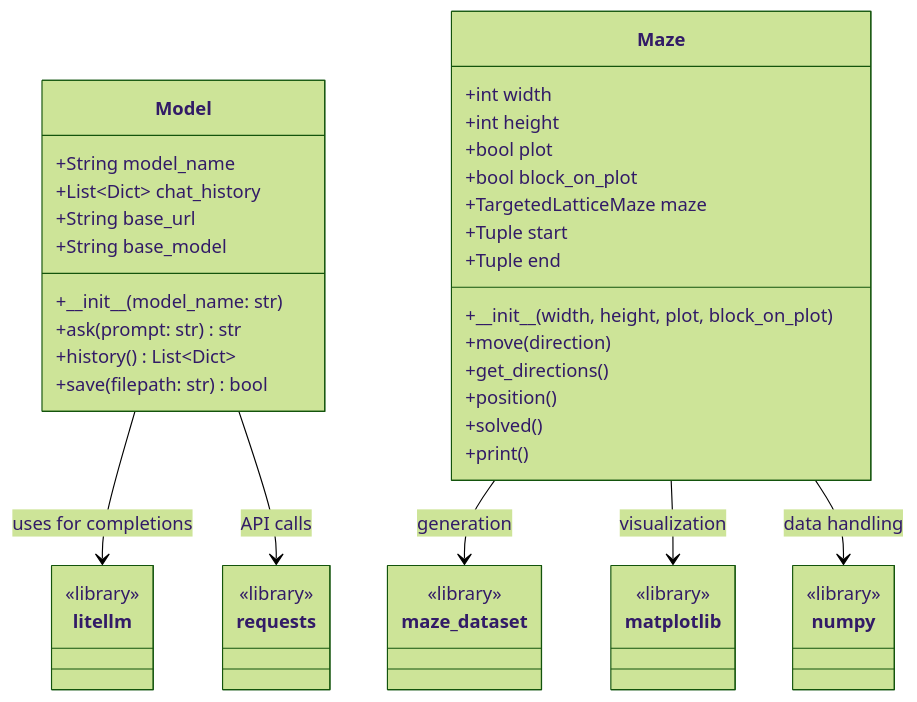
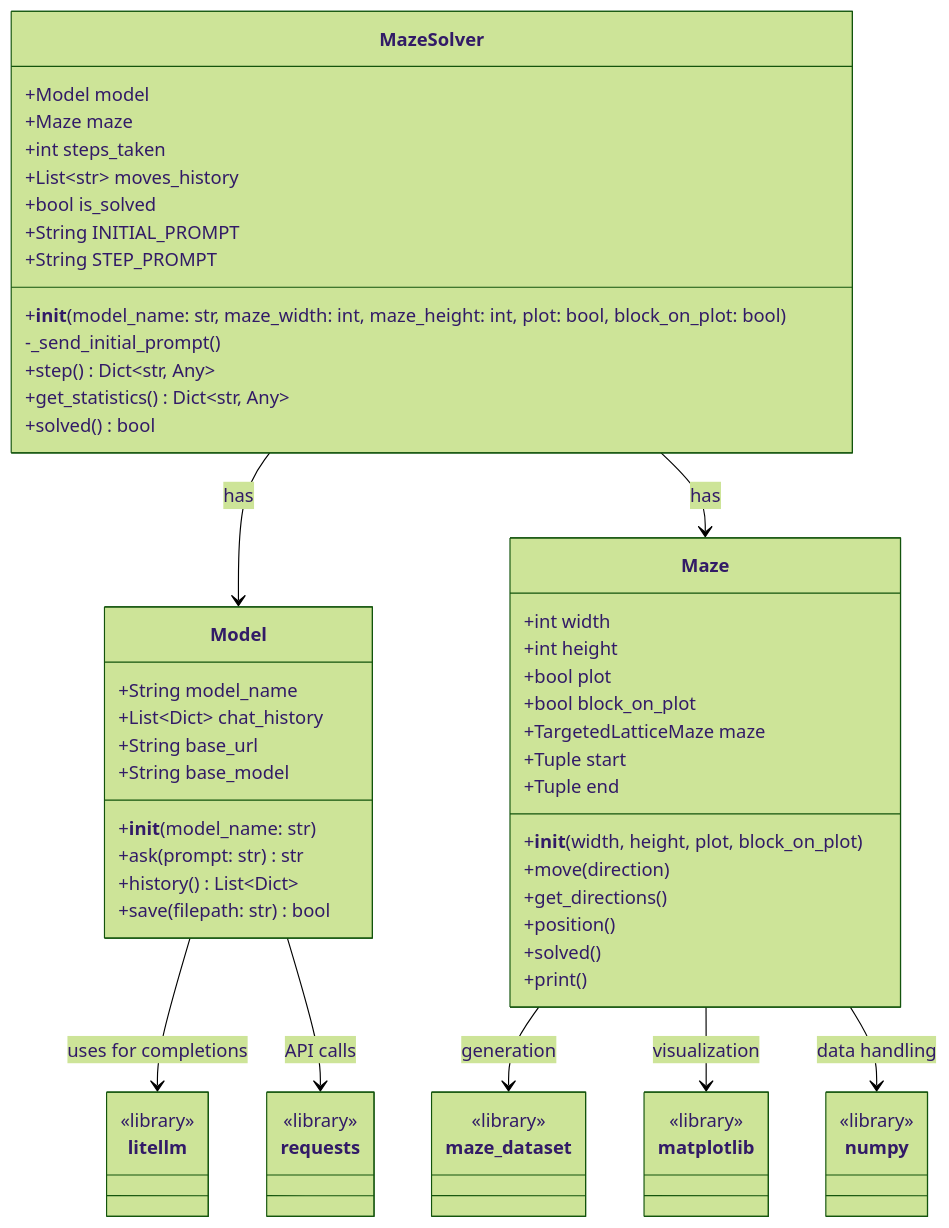
One commit to Oldranda1414/llm-maze-tester changed the diagram in README.md. Above: the diagram before and after it, drawn with Mermaid (forest theme). The commit also changed 2 other files, not shown here.

Commit message:
implement simple maze solver class

````diff
--- a/README.md
+++ b/README.md
@@ -31,55 +31,72 @@
 ```mermaid
 classDiagram
     class Model {
         +String model_name
         +List~Dict~ chat_history
         +String base_url
         +String base_model
-        +\_\_init__(model_name: str)
+        +__init__(model_name: str)
         +ask(prompt: str) str
         +history() List~Dict~
         +save(filepath: str) bool
     }
     
     class Maze {
         +int width
         +int height
         +bool plot
         +bool block_on_plot
         +TargetedLatticeMaze maze
         +Tuple start
         +Tuple end
-        +\_\_init__(width, height, plot, block_on_plot)
+        +__init__(width, height, plot, block_on_plot)
         +move(direction)
         +get_directions()
         +position()
         +solved()
         +print()
+    }
+    
+    class MazeSolver {
+        +Model model
+        +Maze maze
+        +int steps_taken
+        +List~str~ moves_history
+        +bool is_solved
+        +String INITIAL_PROMPT
+        +String STEP_PROMPT
+        +__init__(model_name: str, maze_width: int, maze_height: int, plot: bool, block_on_plot: bool)
+        -_send_initial_prompt()
+        +step() Dict~str, Any~
+        +get_statistics() Dict~str, Any~
+        +solved() bool
     }
     
     class litellm {
         <<library>>
     }
     
     class requests {
         <<library>>
     }
     
     class maze_dataset {
         <<library>>
     }
     
     class matplotlib {
         <<library>>
     }
     
     class numpy {
         <<library>>
     }
     
     Model --> litellm : uses for completions
     Model --> requests : API calls
     Maze --> maze_dataset : generation
     Maze --> matplotlib : visualization
     Maze --> numpy : data handling
+    MazeSolver --> Model : has
+    MazeSolver --> Maze : has
 ```
````
